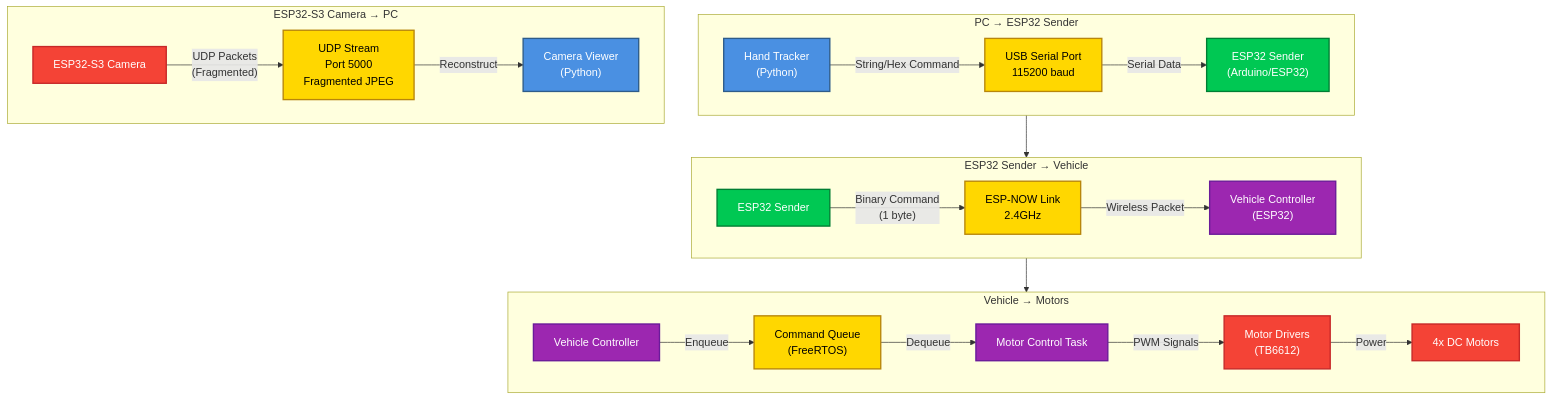
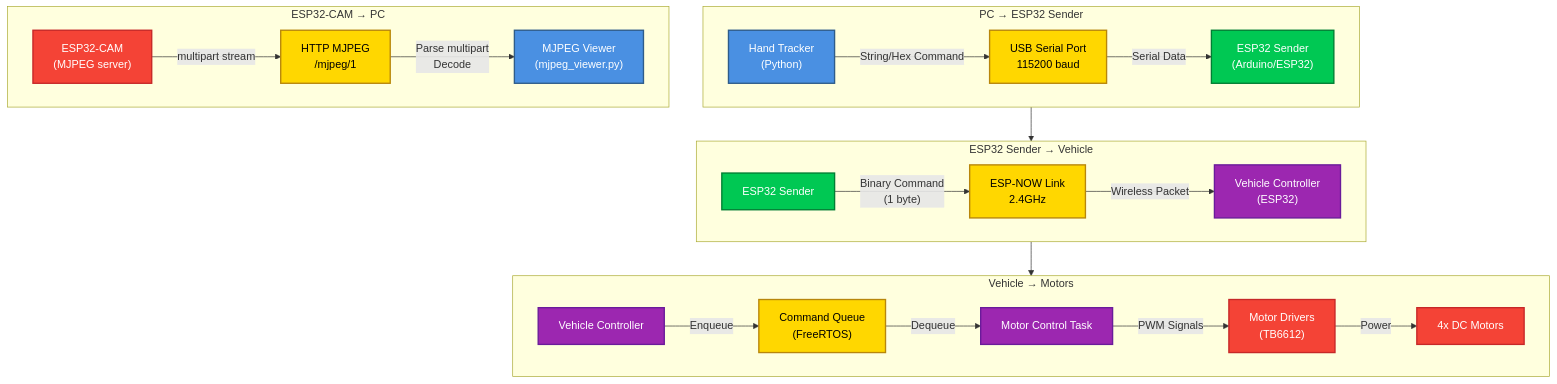
Before and after one commit to Yaniv23/final-project-gesture-car: diagram 14 of 18 in docs/architecture.md, drawn with Mermaid. The commit also changed other lines of this file and 20 other files, not shown here.

````diff
--- a/docs/architecture.md
+++ b/docs/architecture.md
@@ -641,57 +627,57 @@
 ```mermaid
 graph TB
     subgraph PC2Sender["PC → ESP32 Sender"]
         PCApp["Hand Tracker<br/>(Python)"]
         USBPort["USB Serial Port<br/>115200 baud"]
         SenderApp["ESP32 Sender<br/>(Arduino/ESP32)"]
         
         PCApp -->|"String/Hex Command"| USBPort
         USBPort -->|"Serial Data"| SenderApp
     end
     
     subgraph Sender2Vehicle["ESP32 Sender → Vehicle"]
         SenderESP["ESP32 Sender"]
         ESPNowLink["ESP-NOW Link<br/>2.4GHz"]
         VehicleESP["Vehicle Controller<br/>(ESP32)"]
         
         SenderESP -->|"Binary Command<br/>(1 byte)"| ESPNowLink
         ESPNowLink -->|"Wireless Packet"| VehicleESP
     end
     
     subgraph Vehicle2Motors["Vehicle → Motors"]
         VehicleController["Vehicle Controller"]
         CommandQueue["Command Queue<br/>(FreeRTOS)"]
         MotorTask["Motor Control Task"]
         MotorDrivers["Motor Drivers<br/>(TB6612)"]
         MotorsHW["4x DC Motors"]
         
         VehicleController -->|"Enqueue"| CommandQueue
         CommandQueue -->|"Dequeue"| MotorTask
         MotorTask -->|"PWM Signals"| MotorDrivers
         MotorDrivers -->|"Power"| MotorsHW
     end
     
-    subgraph Camera2PC["ESP32-S3 Camera → PC"]
-        CameraESP["ESP32-S3 Camera"]
-        UDPStream["UDP Stream<br/>Port 5000<br/>Fragmented JPEG"]
-        PCViewer["Camera Viewer<br/>(Python)"]
+    subgraph Camera2PC["ESP32-CAM → PC"]
+        CameraESP["ESP32-CAM<br/>(MJPEG server)"]
+        HTTPStream["HTTP MJPEG<br/>/mjpeg/1"]
+        PCViewer["MJPEG Viewer<br/>(mjpeg_viewer.py)"]
         
-        CameraESP -->|"UDP Packets<br/>(Fragmented)"| UDPStream
-        UDPStream -->|"Reconstruct"| PCViewer
+        CameraESP -->|"multipart stream"| HTTPStream
+        HTTPStream -->|"Parse multipart<br/>Decode"| PCViewer
     end
     
     PC2Sender --> Sender2Vehicle
     Sender2Vehicle --> Vehicle2Motors
     
     classDef pc fill:#4A90E2,stroke:#2E5C8A,stroke-width:2px,color:#fff
     classDef sender fill:#00C853,stroke:#007E33,stroke-width:2px,color:#fff
     classDef vehicle fill:#9C27B0,stroke:#6A1B9A,stroke-width:2px,color:#fff
     classDef hardware fill:#F44336,stroke:#C62828,stroke-width:2px,color:#fff
     classDef comm fill:#FFD700,stroke:#B8860B,stroke-width:2px,color:#000
     
     class PCApp,PCViewer pc
     class SenderApp,SenderESP sender
     class VehicleESP,VehicleController,MotorTask vehicle
     class MotorDrivers,MotorsHW,CameraESP hardware
-    class USBPort,ESPNowLink,CommandQueue,UDPStream comm
+    class USBPort,ESPNowLink,CommandQueue,HTTPStream comm
 ```
````
